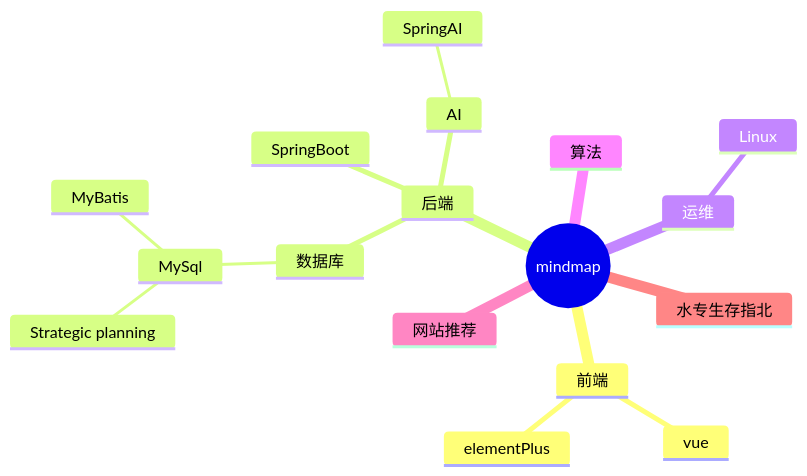
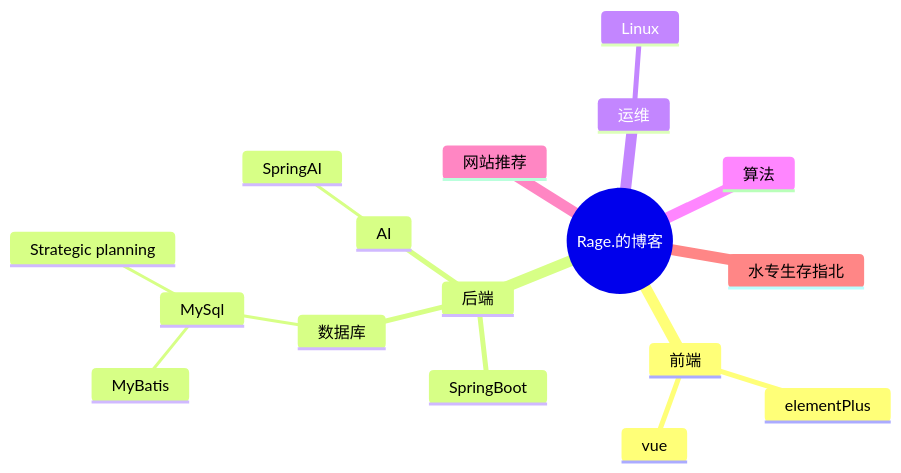
Before and after one commit to 12age/12age.github.io: the second of 2 diagrams in docs/blog/更新计划/更新计划.md, drawn with Mermaid. The commit also changed other lines of this file, not shown here.

````diff
--- a/docs/blog/更新计划/更新计划.md
+++ b/docs/blog/更新计划/更新计划.md
@@ -1,20 +34,20 @@
 ```mermaid
 mindmap
-  root((mindmap))
+  root((Rage.的博客))
     前端
       vue
       elementPlus
     后端
       SpringBoot
       数据库
         MySql
             MyBatis
             Strategic planning
       AI
         SpringAI
     运维
       Linux
     算法
     网站推荐
     水专生存指北
 ```
````
